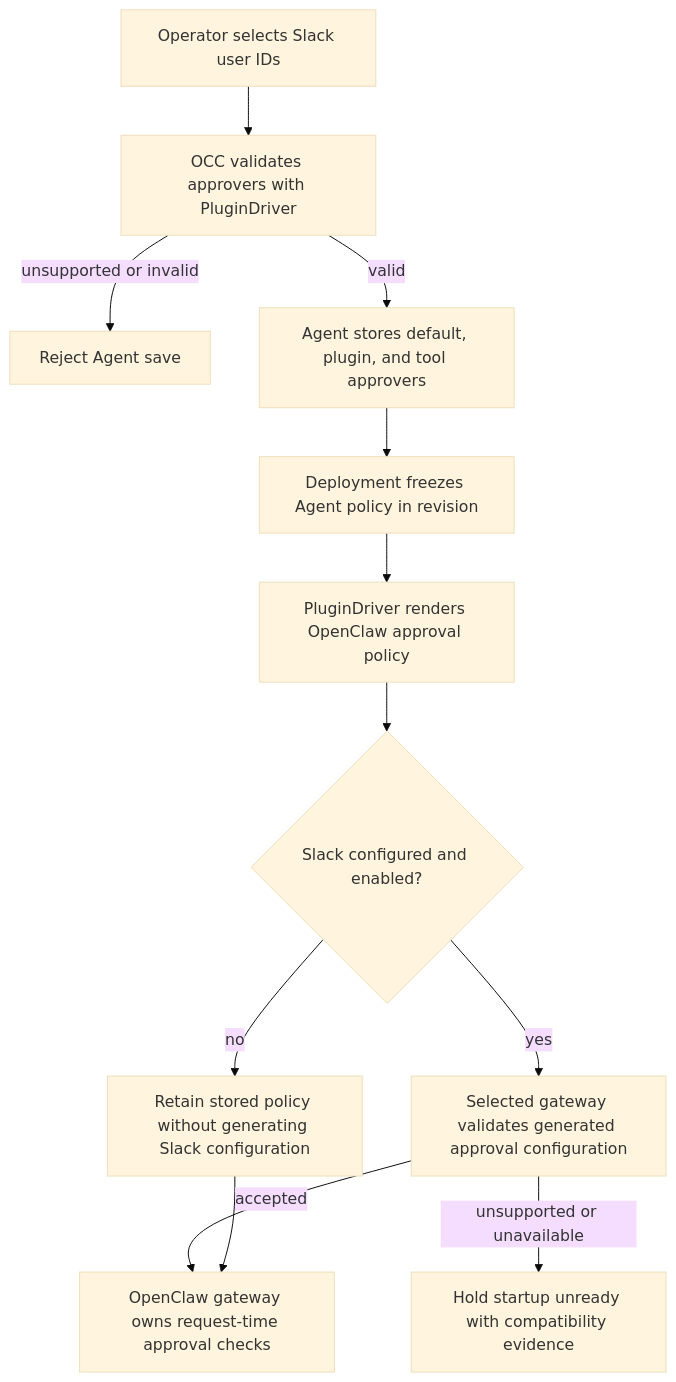
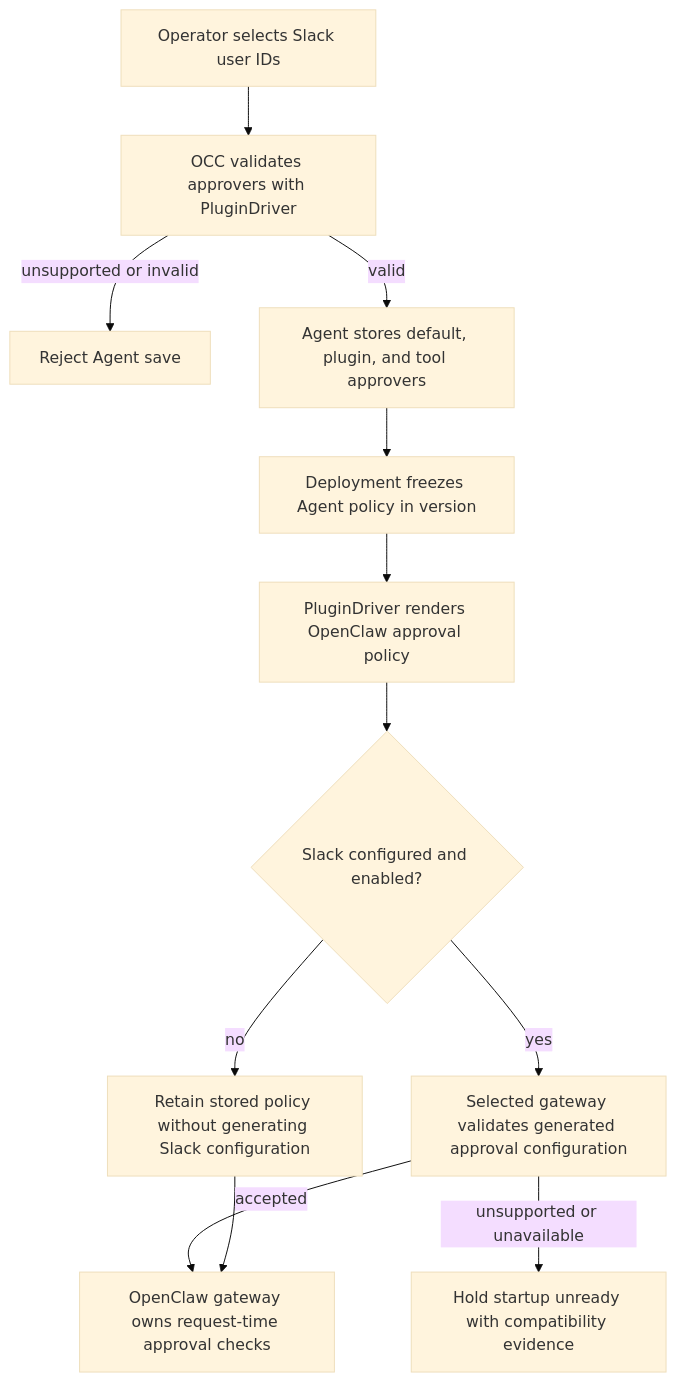
The diagram in docs/flows/agent-plugin-approvals.md (openclaw/openclaw-enterprise), drawn with Mermaid (base theme) before and after one commit. The commit also changed other lines of this file and 198 other files, not shown here.

````diff
--- a/docs/flows/agent-plugin-approvals.md
+++ b/docs/flows/agent-plugin-approvals.md
@@ -29,14 +29,14 @@
 ```mermaid
 graph TD
   A["Operator selects Slack user IDs"] --> B["OCC validates approvers with PluginDriver"]
   B -->|unsupported or invalid| X["Reject Agent save"]
   B -->|valid| C["Agent stores default, plugin, and tool approvers"]
-  C --> D["Deployment freezes Agent policy in revision"]
+  C --> D["Deployment freezes Agent policy in version"]
   D --> E["PluginDriver renders OpenClaw approval policy"]
   E --> S{"Slack configured and enabled?"}
   S -->|no| N["Retain stored policy without generating Slack configuration"]
   S -->|yes| V["Selected gateway validates generated approval configuration"]
   V -->|unsupported or unavailable| H["Hold startup unready with compatibility evidence"]
   V -->|accepted| F["OpenClaw gateway owns request-time approval checks"]
   N --> F
 ```
````
